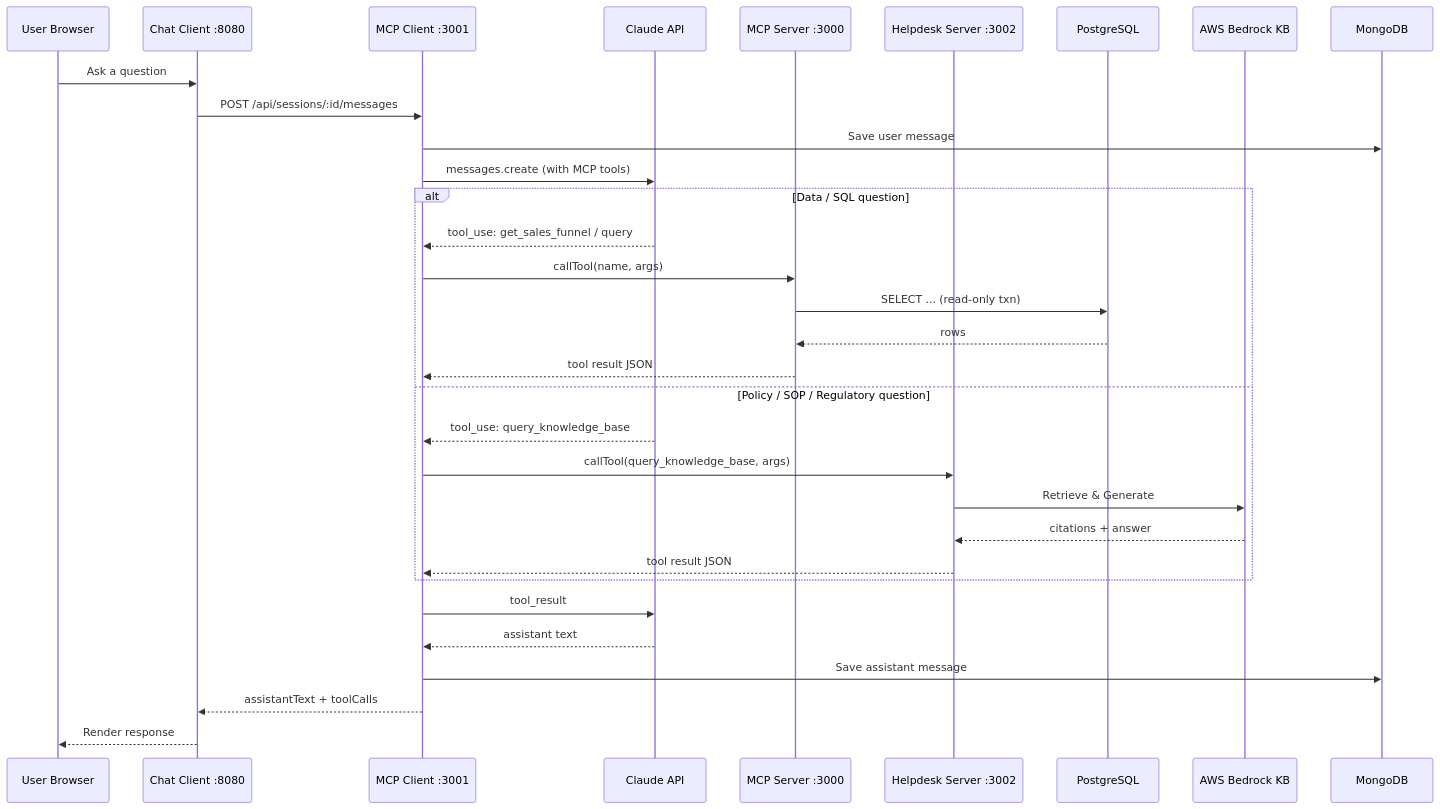
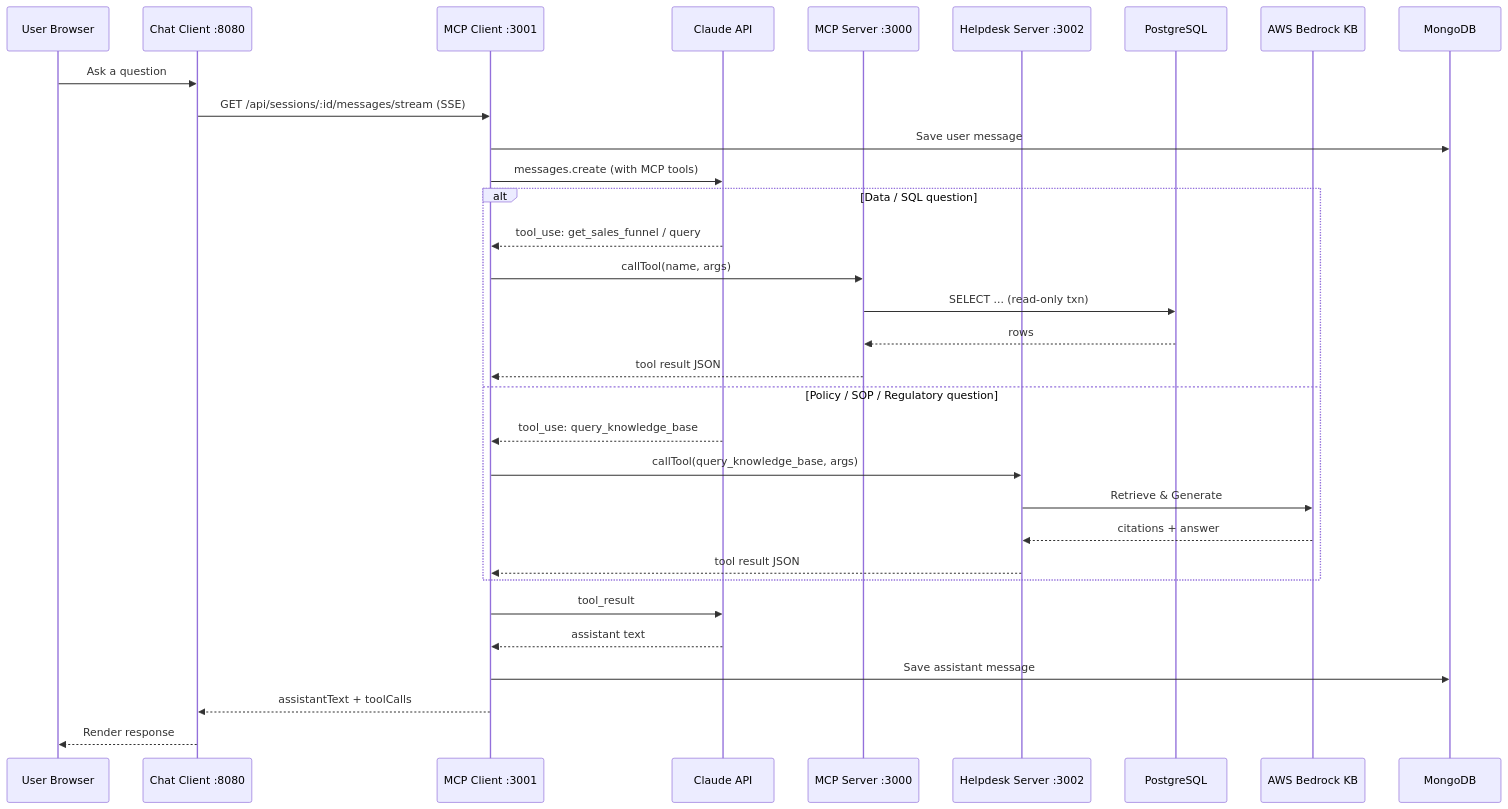
Before and after one commit to Isprava/lohono-db-connect: the second of 5 diagrams in README.md, drawn with Mermaid. The commit also changed other lines of this file and 35 other files, not shown here.

First line of the commit message:
feat: modularize architecture with plugin system, circuit breakers, Redis caching, and ACL refactor

````diff
--- a/README.md
+++ b/README.md
@@ -20,37 +22,37 @@
 ```mermaid
 sequenceDiagram
     participant U as User Browser
     participant W as Chat Client :8080
     participant C as MCP Client :3001
     participant A as Claude API
     participant S as MCP Server :3000
     participant H as Helpdesk Server :3002
     participant PG as PostgreSQL
     participant KB as AWS Bedrock KB
     participant M as MongoDB
 
     U->>W: Ask a question
-    W->>C: POST /api/sessions/:id/messages
+    W->>C: GET /api/sessions/:id/messages/stream (SSE)
     C->>M: Save user message
     C->>A: messages.create (with MCP tools)
 
     alt Data / SQL question
         A-->>C: tool_use: get_sales_funnel / query
         C->>S: callTool(name, args)
         S->>PG: SELECT ... (read-only txn)
         PG-->>S: rows
         S-->>C: tool result JSON
     else Policy / SOP / Regulatory question
         A-->>C: tool_use: query_knowledge_base
         C->>H: callTool(query_knowledge_base, args)
         H->>KB: Retrieve & Generate
         KB-->>H: citations + answer
         H-->>C: tool result JSON
     end
 
     C->>A: tool_result
     A-->>C: assistant text
     C->>M: Save assistant message
     C-->>W: assistantText + toolCalls
     W-->>U: Render response
 ```
````
